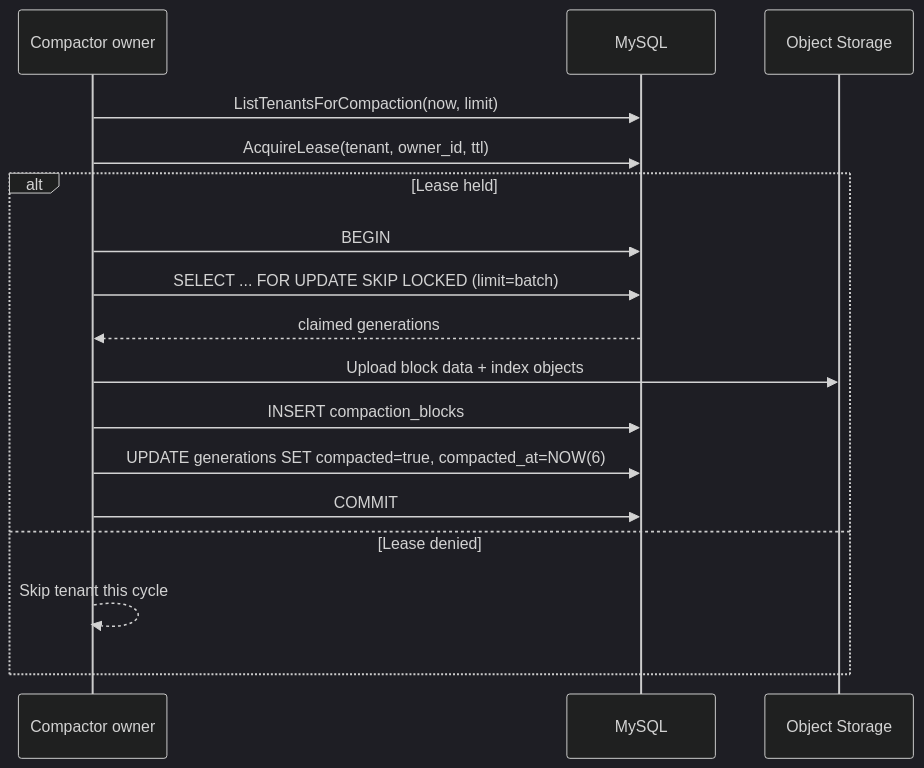
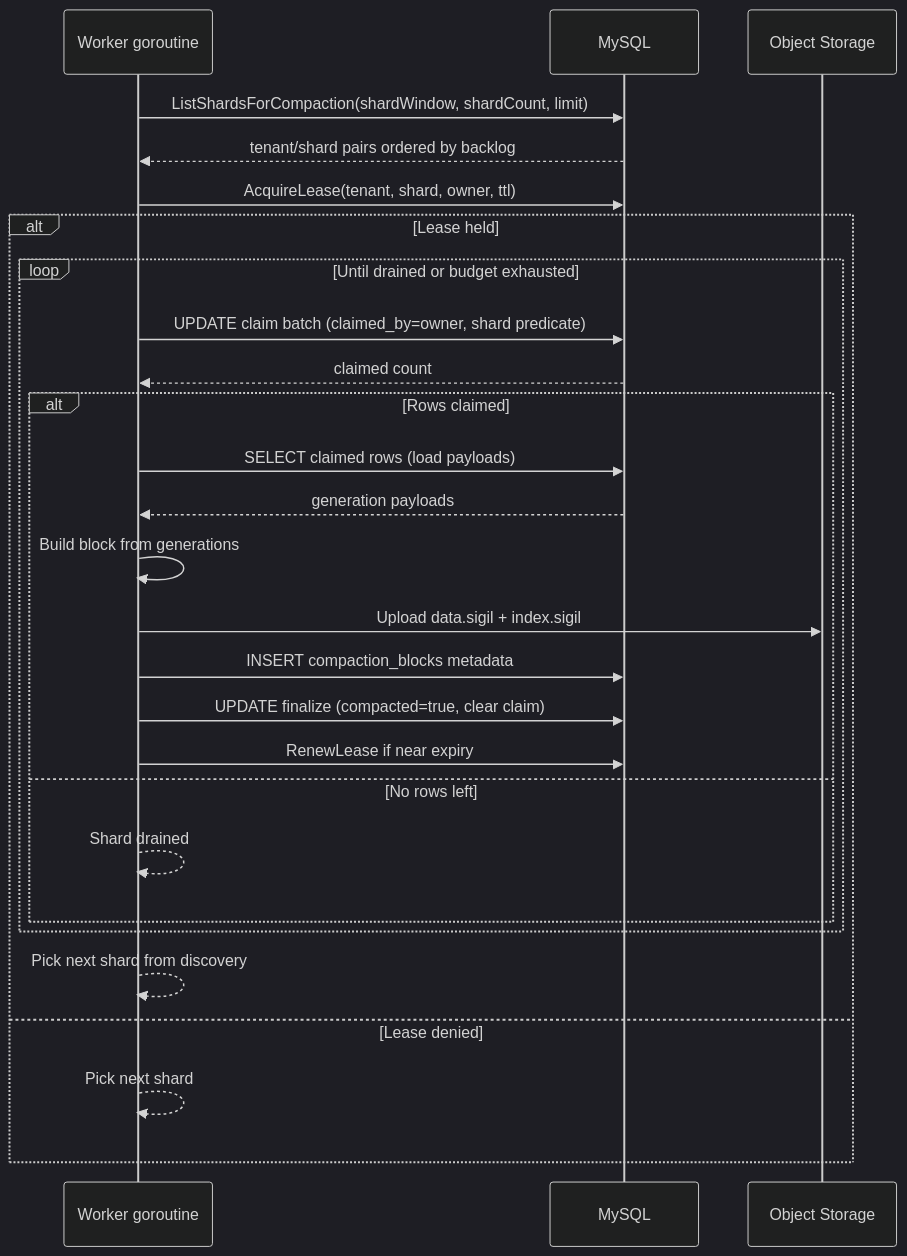
The fifth of 5 diagrams in ARCHITECTURE.md (toddtreece/sigil), drawn with Mermaid (dark theme) before and after one commit. The commit also changed other lines of this file and 6 other files, not shown here.

````diff
--- a/ARCHITECTURE.md
+++ b/ARCHITECTURE.md
@@ -229,19 +253,30 @@
 ```mermaid
 sequenceDiagram
-    participant C as Compactor owner
+    participant W as Worker goroutine
     participant DB as MySQL
     participant O as Object Storage
-    C->>DB: ListTenantsForCompaction(now, limit)
-    C->>DB: AcquireLease(tenant, owner_id, ttl)
+
+    W->>DB: ListShardsForCompaction(shardWindow, shardCount, limit)
+    DB-->>W: tenant/shard pairs ordered by backlog
+    W->>DB: AcquireLease(tenant, shard, owner, ttl)
     alt Lease held
-        C->>DB: BEGIN
-        C->>DB: SELECT ... FOR UPDATE SKIP LOCKED (limit=batch)
-        DB-->>C: claimed generations
-        C->>O: Upload block data + index objects
-        C->>DB: INSERT compaction_blocks
-        C->>DB: UPDATE generations SET compacted=true, compacted_at=NOW(6)
-        C->>DB: COMMIT
+        loop Until drained or budget exhausted
+            W->>DB: UPDATE claim batch (claimed_by=owner, shard predicate)
+            DB-->>W: claimed count
+            alt Rows claimed
+                W->>DB: SELECT claimed rows (load payloads)
+                DB-->>W: generation payloads
+                W->>W: Build block from generations
+                W->>O: Upload data.sigil + index.sigil
+                W->>DB: INSERT compaction_blocks metadata
+                W->>DB: UPDATE finalize (compacted=true, clear claim)
+                W->>DB: RenewLease if near expiry
+            else No rows left
+                W-->>W: Shard drained
+            end
+        end
+        W-->>W: Pick next shard from discovery
     else Lease denied
-        C-->>C: Skip tenant this cycle
+        W-->>W: Pick next shard
     end
 ```
````
